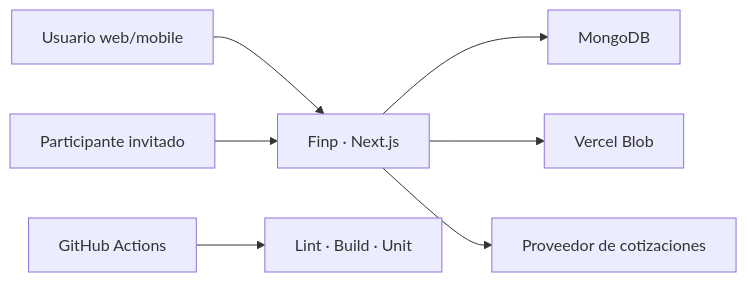
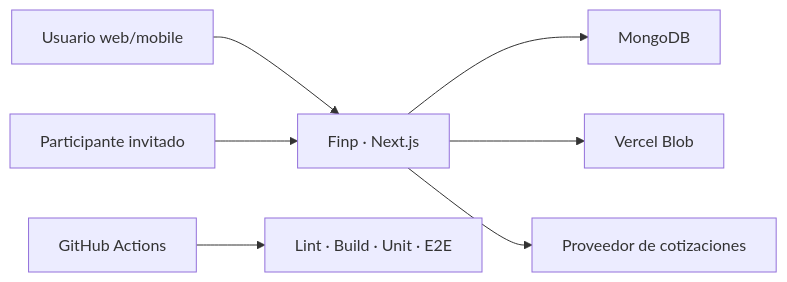
One commit to GonzaCalderon/Finp changed the first of 2 diagrams in docs/tecnico/arquitectura.md. Above: the diagram before and after it, drawn with Mermaid. The commit also changed other lines of this file and 26 other files, not shown here.

````diff
--- a/docs/tecnico/arquitectura.md
+++ b/docs/tecnico/arquitectura.md
@@ -35,9 +35,9 @@
 ```mermaid
 flowchart LR
     user["Usuario web/mobile"] --> web["Finp · Next.js"]
     invited["Participante invitado"] --> web
     web --> mongo["MongoDB"]
     web --> blob["Vercel Blob"]
     web --> rates["Proveedor de cotizaciones"]
-    ci["GitHub Actions"] --> checks["Lint · Build · Unit"]
+    ci["GitHub Actions"] --> checks["Lint · Build · Unit · E2E"]
 ```
````
